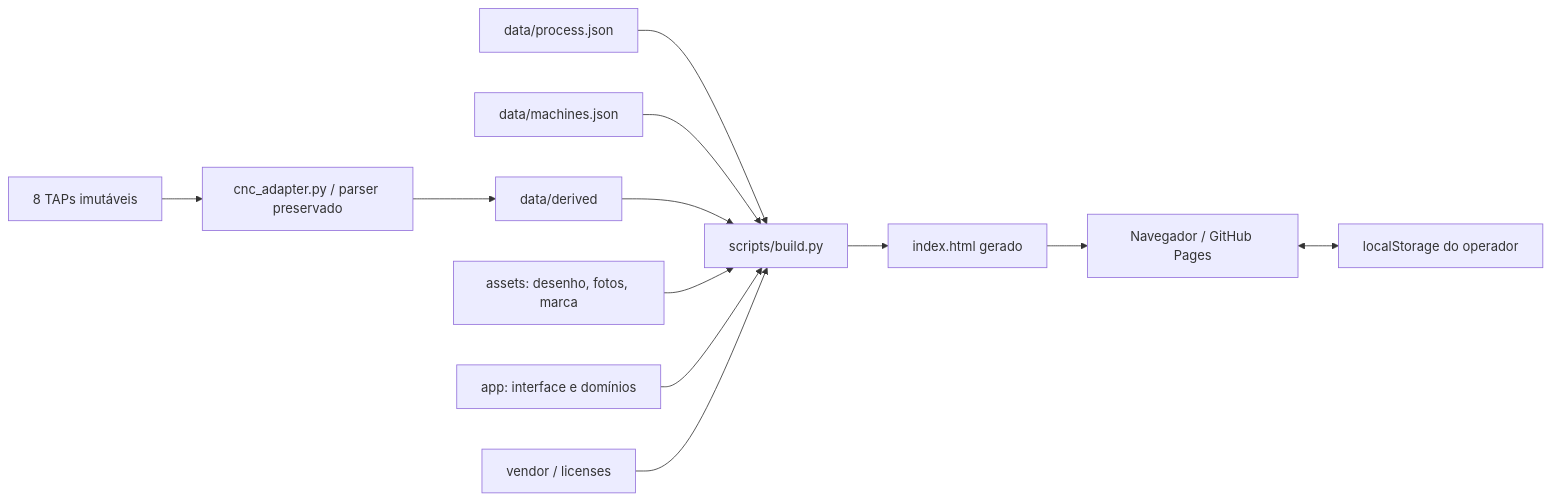
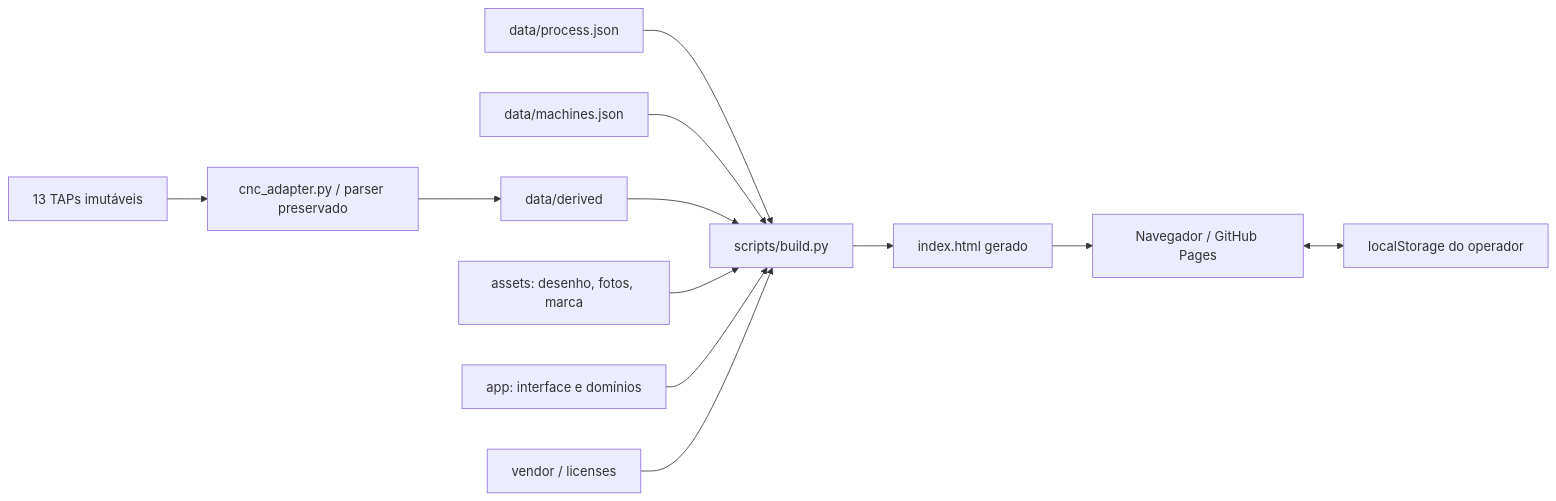
The diagram in docs/arquitetura.md (gustavodemelomartins-hub/processo-columbia-machine), drawn with Mermaid before and after one commit. The commit also changed 34 other files, not shown here.

````diff
--- a/docs/arquitetura.md
+++ b/docs/arquitetura.md
@@ -5,14 +5,14 @@
 ```mermaid
 flowchart LR
-  TAP[8 TAPs imutáveis] --> Parser[cnc_adapter.py / parser preservado]
+  TAP[13 TAPs imutáveis] --> Parser[cnc_adapter.py / parser preservado]
   Parser --> Derivados[data/derived]
   Processo[data/process.json] --> Build[scripts/build.py]
   Maquina[data/machines.json] --> Build
   Derivados --> Build
   Assets[assets: desenho, fotos, marca] --> Build
   App[app: interface e domínios] --> Build
   Vendor[vendor / licenses] --> Build
   Build --> HTML[index.html gerado]
   HTML --> Browser[Navegador / GitHub Pages]
   Browser <--> Estado[localStorage do operador]
 ```
````
